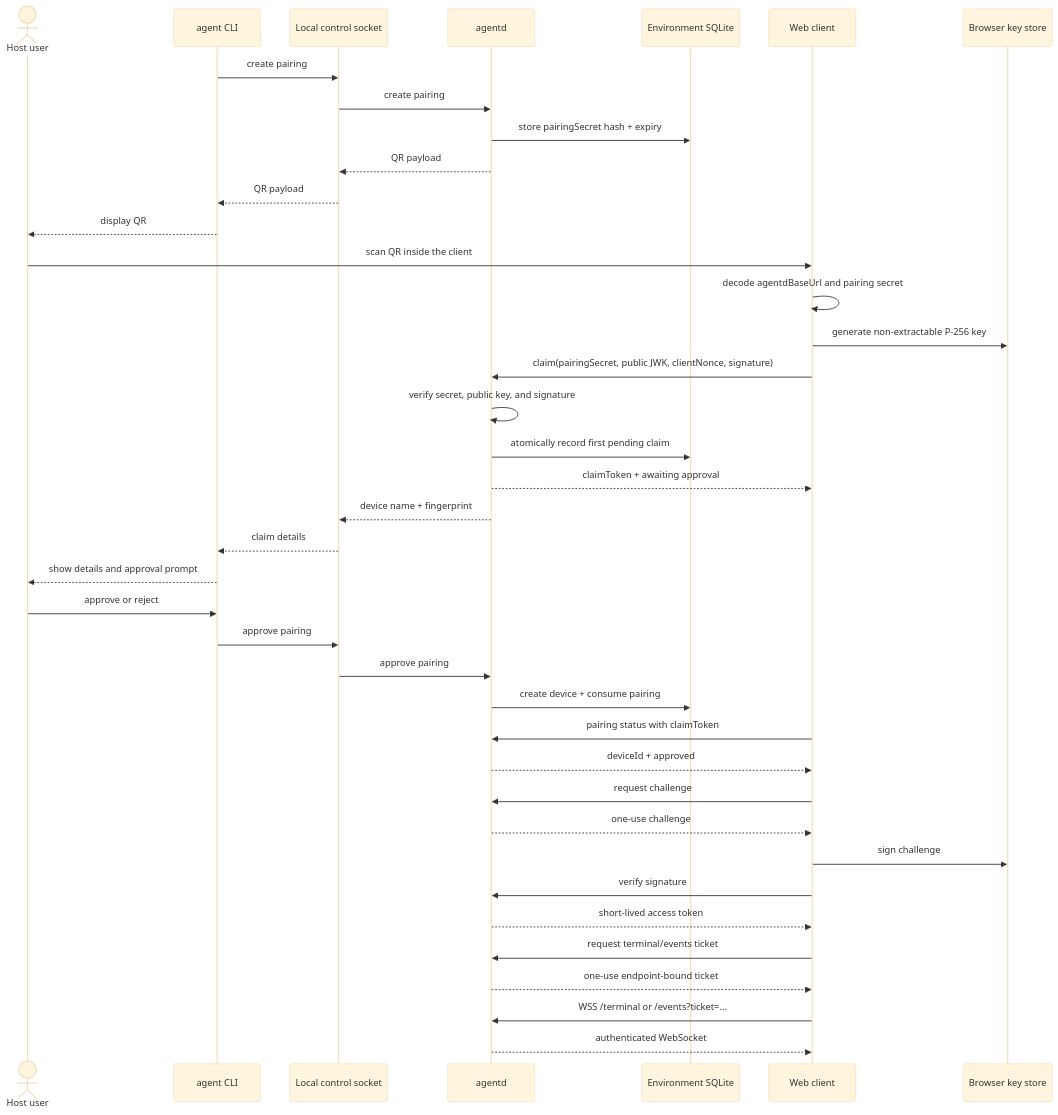
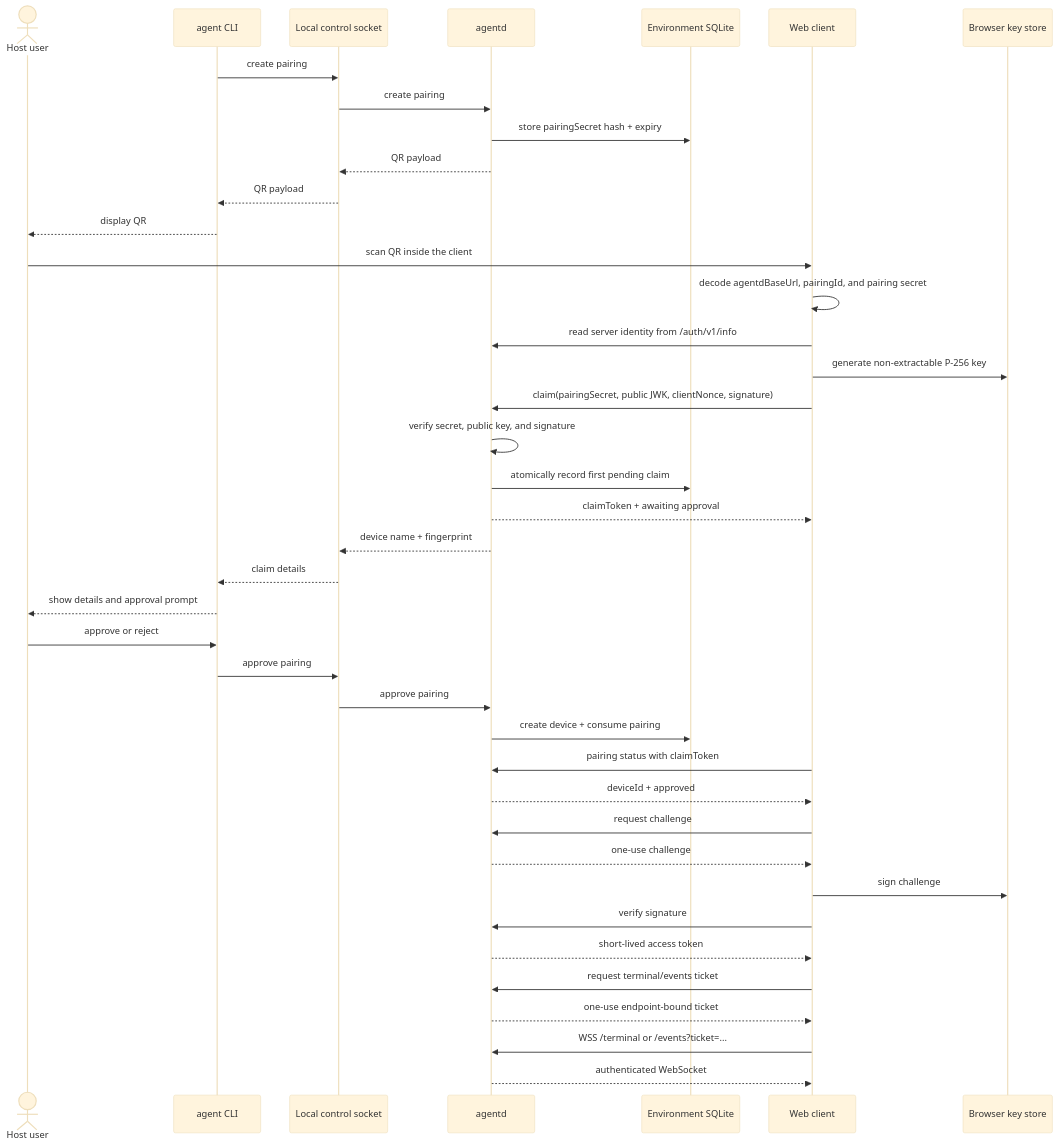
One commit to yoshizawa56/mobile-agent changed the diagram in docs/qr-pairing-authentication.md. Above: the diagram before and after it, drawn with Mermaid (base theme). The commit also changed other lines of this file and 7 other files, not shown here.

````diff
--- a/docs/qr-pairing-authentication.md
+++ b/docs/qr-pairing-authentication.md
@@ -150,45 +151,46 @@
 ```mermaid
 sequenceDiagram
     actor User as Host user
     participant CLI as agent CLI
     participant Control as Local control socket
     participant A as agentd
     participant DB as Environment SQLite
     participant W as Web client
     participant K as Browser key store
 
     CLI->>Control: create pairing
     Control->>A: create pairing
     A->>DB: store pairingSecret hash + expiry
     A-->>Control: QR payload
     Control-->>CLI: QR payload
     CLI-->>User: display QR
 
     User->>W: scan QR inside the client
-    W->>W: decode agentdBaseUrl and pairing secret
+    W->>W: decode agentdBaseUrl, pairingId, and pairing secret
+    W->>A: read server identity from /auth/v1/info
     W->>K: generate non-extractable P-256 key
     W->>A: claim(pairingSecret, public JWK, clientNonce, signature)
     A->>A: verify secret, public key, and signature
     A->>DB: atomically record first pending claim
     A-->>W: claimToken + awaiting approval
     A-->>Control: device name + fingerprint
     Control-->>CLI: claim details
     CLI-->>User: show details and approval prompt
     User->>CLI: approve or reject
     CLI->>Control: approve pairing
     Control->>A: approve pairing
     A->>DB: create device + consume pairing
 
     W->>A: pairing status with claimToken
     A-->>W: deviceId + approved
     W->>A: request challenge
     A-->>W: one-use challenge
     W->>K: sign challenge
     W->>A: verify signature
     A-->>W: short-lived access token
 
     W->>A: request terminal/events ticket
     A-->>W: one-use endpoint-bound ticket
     W->>A: WSS /terminal or /events?ticket=...
     A-->>W: authenticated WebSocket
 ```
````
